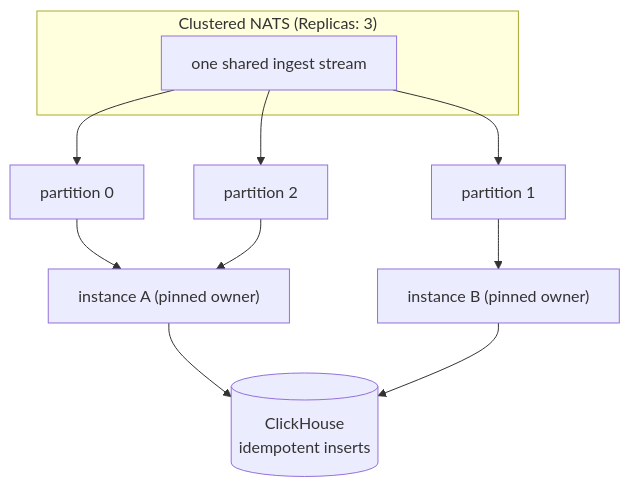
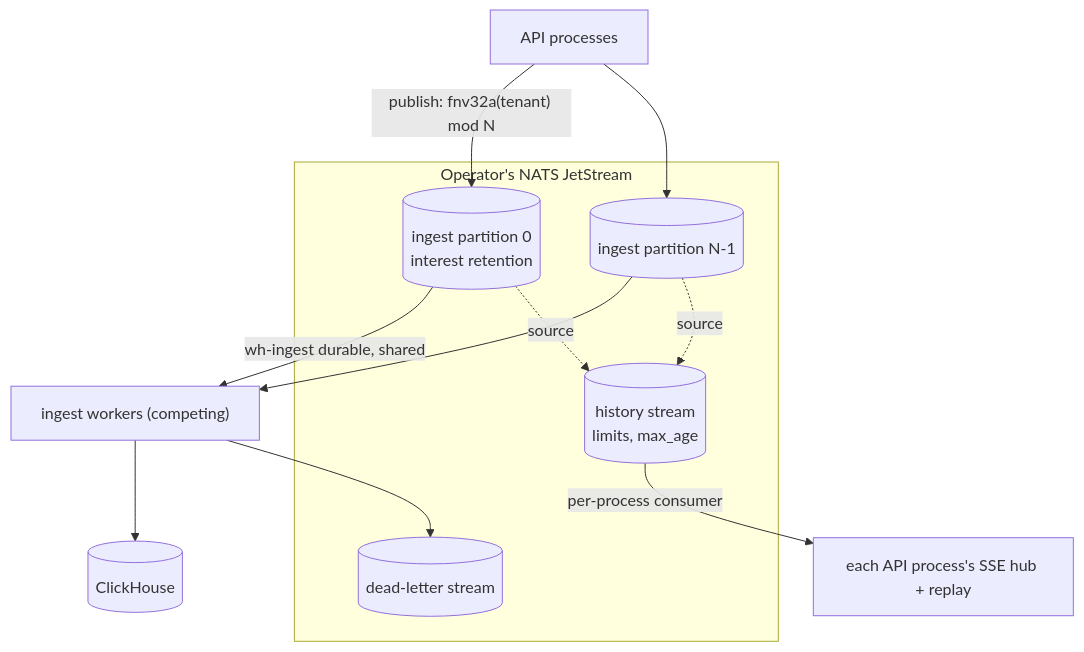
The eighth of 8 diagrams in docs/src/content/docs/ingest-pipeline.md (Wave-RF/WaveHouse), drawn with Mermaid before and after one commit. The commit also changed other lines of this file and 23 other files, not shown here.

````diff
--- a/docs/src/content/docs/ingest-pipeline.md
+++ b/docs/src/content/docs/ingest-pipeline.md
@@ -248,14 +248,18 @@
 ```mermaid
 flowchart TD
-    subgraph Cluster["Clustered NATS (Replicas: 3)"]
-        S["one shared ingest stream"]
+    subgraph NATS["Operator's NATS JetStream"]
+        P0[("ingest partition 0<br/>interest retention")]
+        P1[("ingest partition N-1")]
+        H[("history stream<br/>limits, max_age")]
+        D[("dead-letter stream")]
     end
-    S --> P0["partition 0"]
-    S --> P1["partition 1"]
-    S --> P2["partition 2"]
-    P0 --> IA["instance A (pinned owner)"]
-    P1 --> IB["instance B (pinned owner)"]
-    P2 --> IA
-    IA --> CH[("ClickHouse<br/>idempotent inserts")]
-    IB --> CH
+    API["API processes"] -->|"publish: fnv32a(tenant) mod N"| P0
+    API --> P1
+    P0 -->|"wh-ingest durable, shared"| W["ingest workers (competing)"]
+    P1 --> W
+    P0 -. source .-> H
+    P1 -. source .-> H
+    H -->|"per-process consumer"| Hub["each API process's SSE hub + replay"]
+    W --> CH[("ClickHouse")]
+    W --> D
 ```
````
